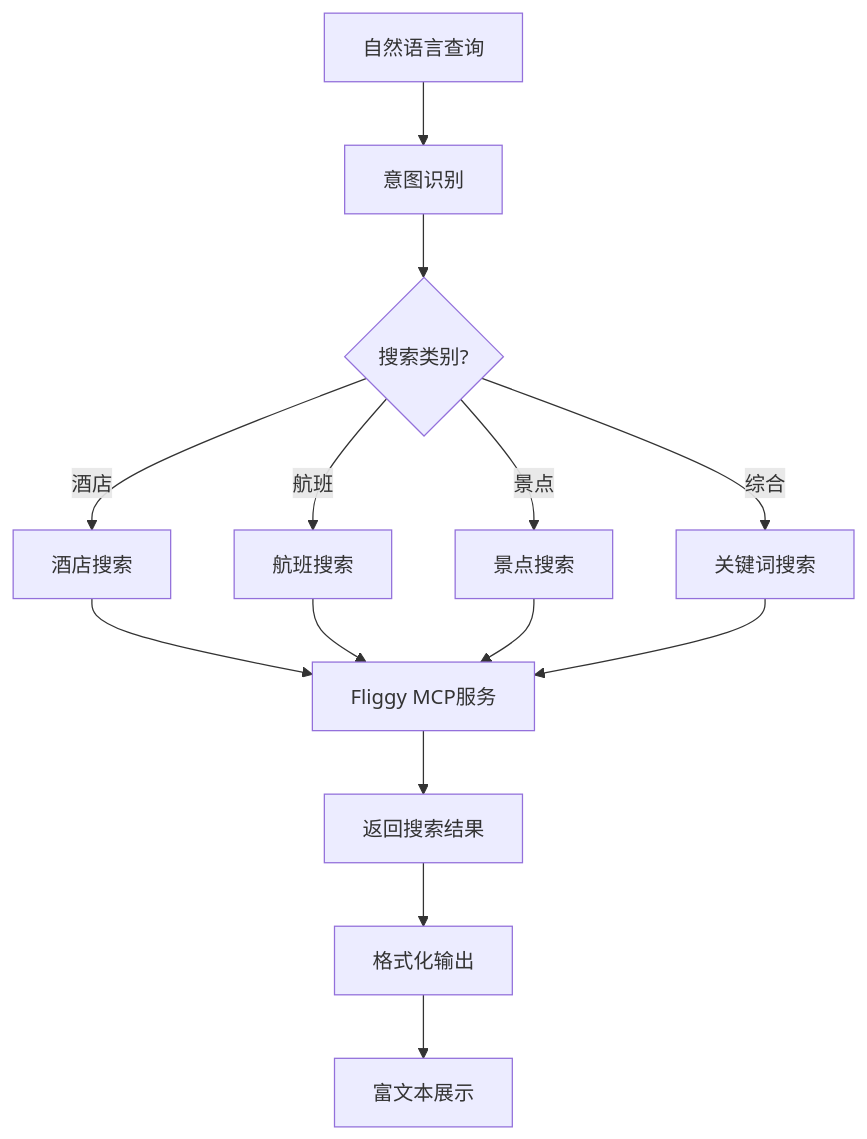
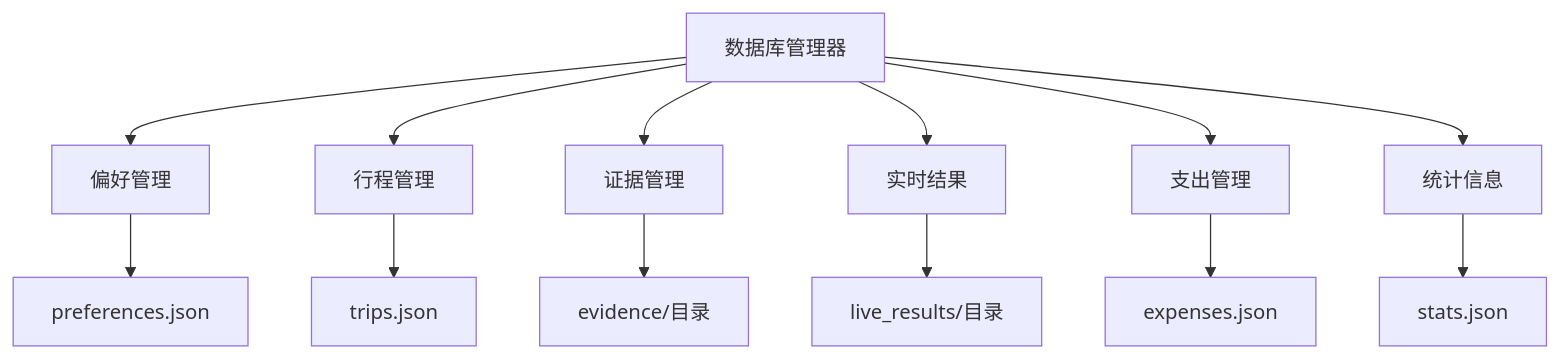
The eighth of 11 diagrams in .qoder/repowiki/zh/content/AI代理系统/AI代理系统.md (verse-ai-org/openclaw), drawn with Mermaid before and after one commit. The commit also changed other lines of this file and 74 other files, not shown here.

````diff
--- a/.qoder/repowiki/zh/content/AI代理系统/AI代理系统.md
+++ b/.qoder/repowiki/zh/content/AI代理系统/AI代理系统.md
@@ -325,16 +358,15 @@
 ```mermaid
 flowchart TD
-Query["自然语言查询"] --> Intent["意图识别"]
-Intent --> Category{"搜索类别?"}
-Category --> |酒店| HotelSearch["酒店搜索"]
-Category --> |航班| FlightSearch["航班搜索"]
-Category --> |景点| POISearch["景点搜索"]
-Category --> |综合| KeywordSearch["关键词搜索"]
-HotelSearch --> MCP["Fliggy MCP服务"]
-FlightSearch --> MCP
-POISearch --> MCP
-KeywordSearch --> MCP
-MCP --> Results["返回搜索结果"]
-Results --> Format["格式化输出"]
-Format --> Display["富文本展示"]
+DBManager["数据库管理器"] --> Preferences["偏好管理"]
+DBManager --> Trips["行程管理"]
+DBManager --> Evidence["证据管理"]
+DBManager --> LiveResults["实时结果"]
+DBManager --> Expenses["支出管理"]
+DBManager --> Stats["统计信息"]
+Preferences --> PrefFile["preferences.json"]
+Trips --> TripsFile["trips.json"]
+Evidence --> EvidenceDir["evidence/目录"]
+LiveResults --> LiveDir["live_results/目录"]
+Expenses --> ExpenseFile["expenses.json"]
+Stats --> StatsFile["stats.json"]
 ```
````
